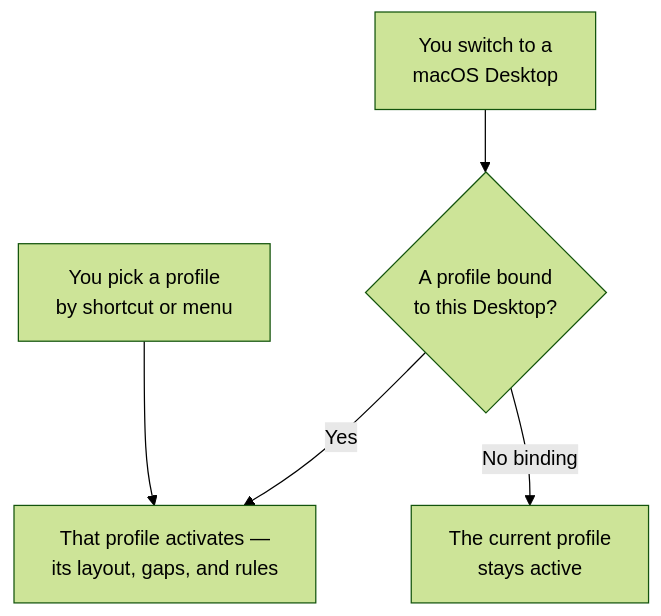
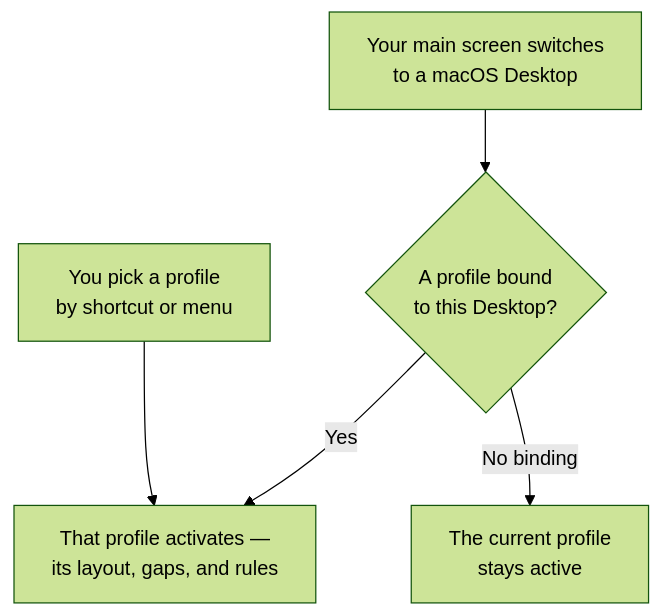
The third of 3 diagrams in docs/user-guide.md (KiwiCanopy/KiwiDesk), drawn with Mermaid (forest theme) before and after one commit. The commit also changed other lines of this file and 70 other files, not shown here.

First line of the commit message:
feat(profiles): key Desktop bindings to the main display, retiring the separate-Spaces recommendation (#888) (#891)

````diff
--- a/docs/user-guide.md
+++ b/docs/user-guide.md
@@ -2809,7 +2812,7 @@
 ```mermaid
 flowchart TD
-    S["You switch to a<br/>macOS Desktop"] --> B{"A profile bound<br/>to this Desktop?"}
+    S["Your main screen switches<br/>to a macOS Desktop"] --> B{"A profile bound<br/>to this Desktop?"}
     B -->|"Yes"| A["That profile activates —<br/>its layout, gaps, and rules"]
     B -->|"No binding"| K["The current profile<br/>stays active"]
     P["You pick a profile<br/>by shortcut or menu"] --> A
 ```
````
